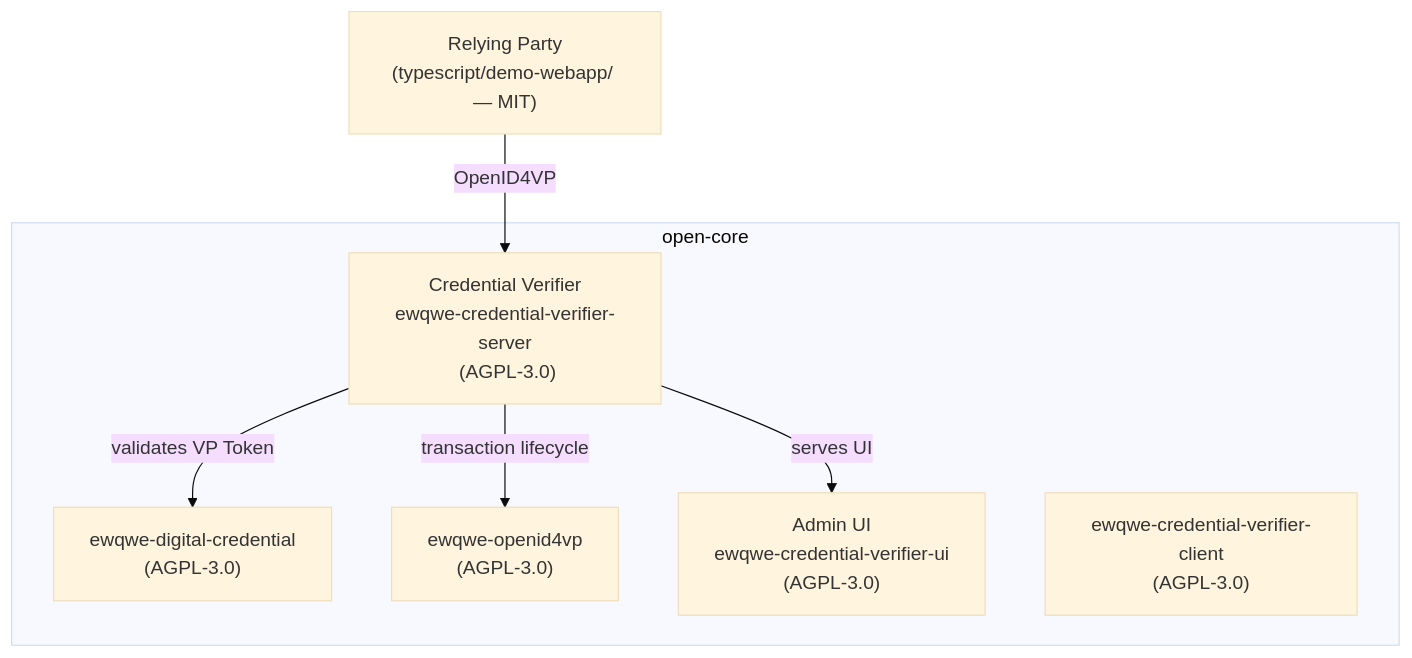
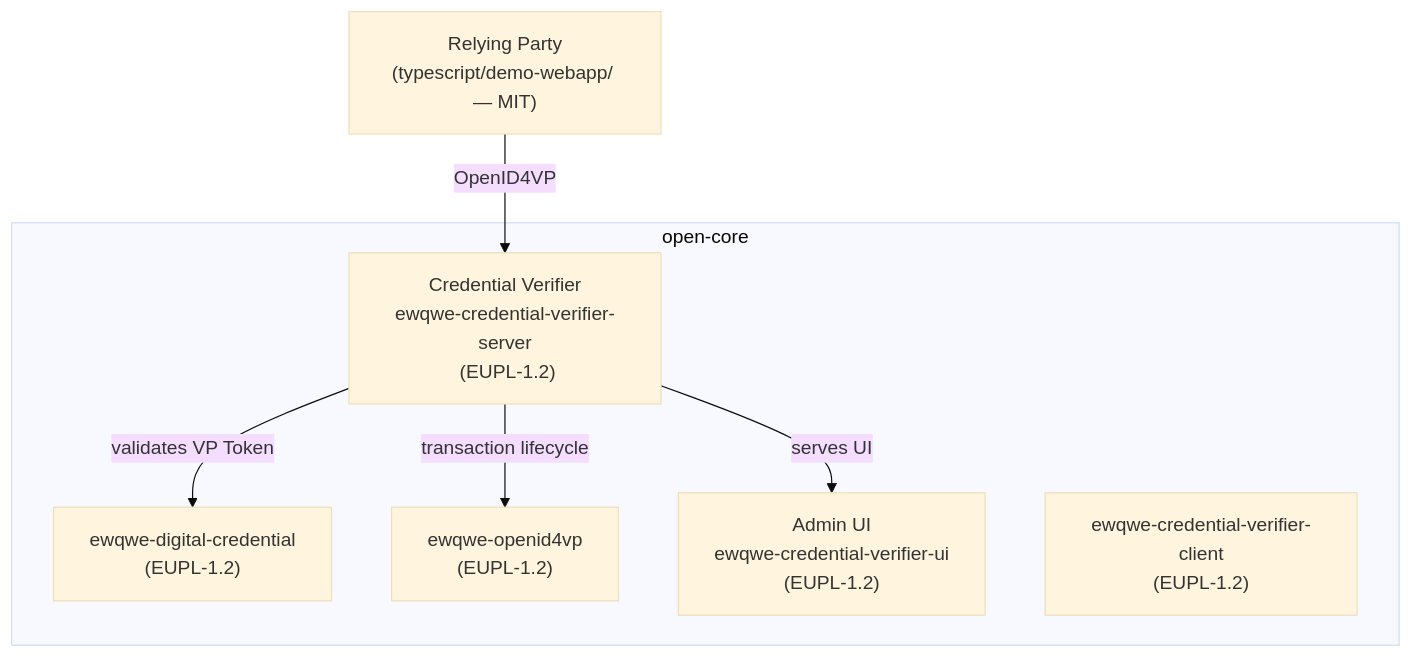
One commit to rd-ewqwe/ewqwe-identity changed the diagram in README.md. Above: the diagram before and after it, drawn with Mermaid (base theme). The commit also changed other lines of this file and 20 other files, not shown here.

````diff
--- a/README.md
+++ b/README.md
@@ -38,14 +38,14 @@
 ```mermaid
 graph TD
-    RP["Relying Party<br/>(typescript/demo-webapp/ — MIT)"] -->|OpenID4VP| VERIFIER["Credential Verifier<br/>ewqwe-credential-verifier-server<br/> (AGPL-3.0)"]
-    VERIFIER -->|validates VP Token| CRYPTO["ewqwe-digital-credential<br/>(AGPL-3.0)"]
-    VERIFIER -->|transaction lifecycle| OPENID4VP["ewqwe-openid4vp<br/>(AGPL-3.0)"]
-    VERIFIER -->|serves UI| UI["Admin UI<br/>ewqwe-credential-verifier-ui<br/>(AGPL-3.0)"]
+    RP["Relying Party<br/>(typescript/demo-webapp/ — MIT)"] -->|OpenID4VP| VERIFIER["Credential Verifier<br/>ewqwe-credential-verifier-server<br/> (EUPL-1.2)"]
+    VERIFIER -->|validates VP Token| CRYPTO["ewqwe-digital-credential<br/>(EUPL-1.2)"]
+    VERIFIER -->|transaction lifecycle| OPENID4VP["ewqwe-openid4vp<br/>(EUPL-1.2)"]
+    VERIFIER -->|serves UI| UI["Admin UI<br/>ewqwe-credential-verifier-ui<br/>(EUPL-1.2)"]
     subgraph open-core
         CRYPTO
         OPENID4VP
         VERIFIER
         UI
-        CLIENT["ewqwe-credential-verifier-client<br/>(AGPL-3.0)"]
+        CLIENT["ewqwe-credential-verifier-client<br/>(EUPL-1.2)"]
     end
 ```
````
